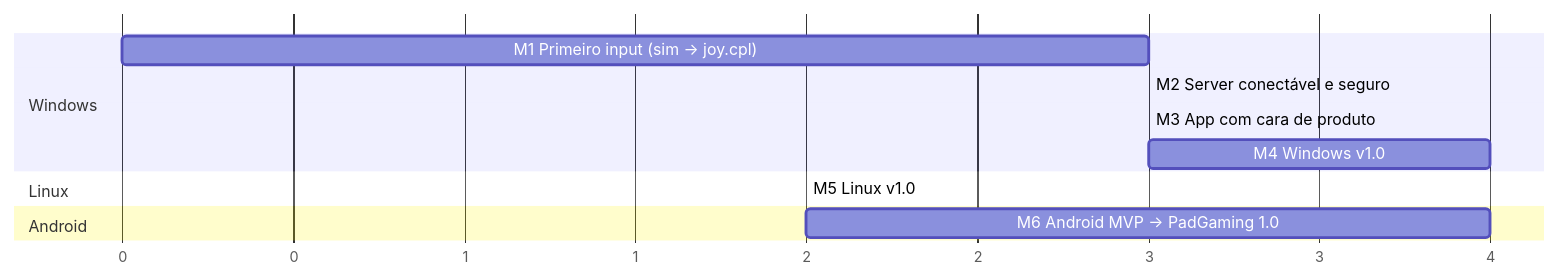
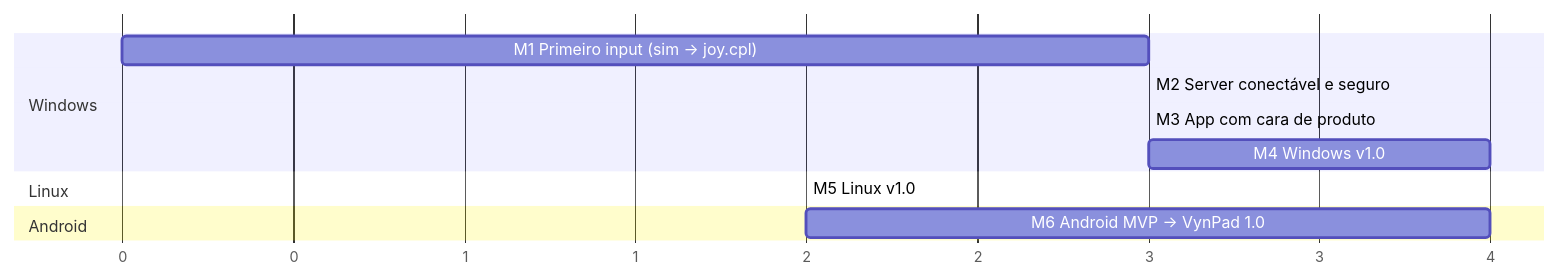
One commit to esc4n0rx/VynPad changed the first of 2 diagrams in docs/00-visao-geral/ROADMAP.md. Above: the diagram before and after it, drawn with Mermaid. The commit also changed other lines of this file and 336 other files, not shown here.

First line of the commit message:
refactor: renomeia o projeto de PadGaming para VynPad (T-707)

````diff
--- a/docs/00-visao-geral/ROADMAP.md
+++ b/docs/00-visao-geral/ROADMAP.md
@@ -8,14 +8,14 @@
 ```mermaid
 gantt
   dateFormat  X
   axisFormat  %s
   section Windows
   M1 Primeiro input (sim → joy.cpl)      :m1, 0, 3
   M2 Server conectável e seguro          :m2, after m1, 3
   M3 App com cara de produto             :m3, after m2, 3
   M4 Windows v1.0                        :m4, after m3, 4
   section Linux
   M5 Linux v1.0                          :m5, after m4, 2
   section Android
-  M6 Android MVP → PadGaming 1.0         :m6, after m5, 4
+  M6 Android MVP → VynPad 1.0         :m6, after m5, 4
 ```
````
